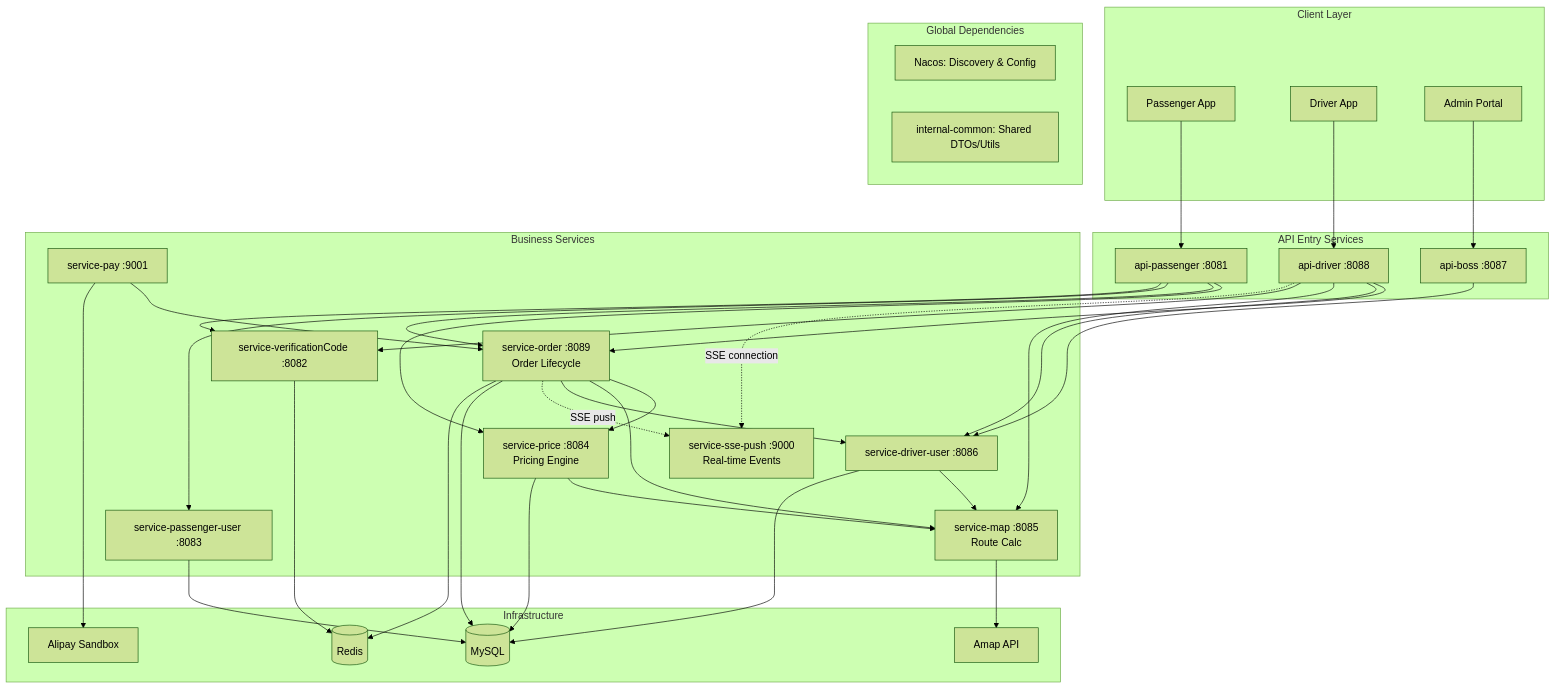
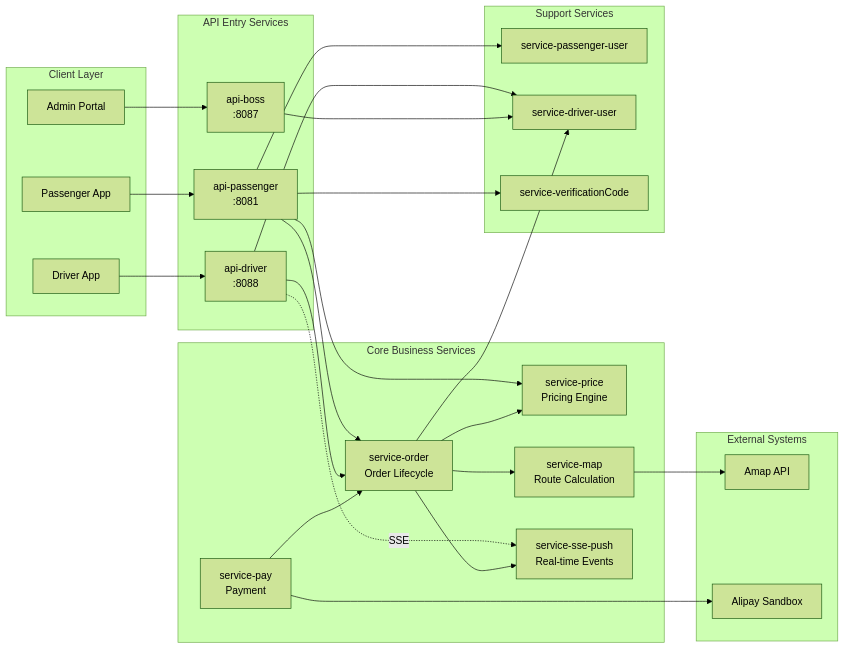
The first of 3 diagrams in README.md (Ninika369/Fly_Taxi), drawn with Mermaid (forest theme) before and after one commit. The commit also changed other lines of this file, not shown here.

Commit message:
docs: simplify architecture diagram for readability v2

````diff
--- a/README.md
+++ b/README.md
@@ -29,76 +29,47 @@
 ```mermaid
-flowchart TB
-    subgraph Client Layer
-        PA[Passenger App]
-        DA[Driver App]
-        AP[Admin Portal]
+flowchart LR
+    subgraph Clients["Client Layer"]
+        P[Passenger App]
+        D[Driver App]
+        A[Admin Portal]
     end
-
-    subgraph API Entry Services
-        API_P[api-passenger :8081]
-        API_D[api-driver :8088]
-        API_B[api-boss :8087]
+    subgraph API["API Entry Services"]
+        AP[api-passenger<br/>:8081]
+        AD[api-driver<br/>:8088]
+        AB[api-boss<br/>:8087]
     end
-
-    subgraph Business Services
-        SP[service-price :8084<br/> Pricing Engine]
-        SO[service-order :8089<br/>Order Lifecycle]
-        SM[service-map :8085<br/>Route Calc]
-        SDU[service-driver-user :8086]
-        SPU[service-passenger-user :8083]
-        SVC[service-verificationCode :8082]
-        SPAY[service-pay :9001]
-        SSE[service-sse-push :9000<br/>Real-time Events]
+    subgraph Core["Core Business Services"]
+        O[service-order<br/>Order Lifecycle]
+        PR[service-price<br/>Pricing Engine]
+        M[service-map<br/>Route Calculation]
+        EV[service-sse-push<br/>Real-time Events]
+        PAY[service-pay<br/>Payment]
     end
-
-    subgraph Infrastructure
-        MySQL[(MySQL)]
-        Redis[(Redis)]
-        Amap[Amap API]
-        Alipay[Alipay Sandbox]
+    subgraph Support["Support Services"]
+        PU[service-passenger-user]
+        DU[service-driver-user]
+        VC[service-verificationCode]
     end
-    
-    subgraph Global Dependencies
-        Nacos[Nacos: Discovery & Config]
-        IC[internal-common: Shared DTOs/Utils]
+    subgraph External["External Systems"]
+        AM[Amap API]
+        AL[Alipay Sandbox]
     end
-
-    PA --> API_P
-    DA --> API_D
-    AP --> API_B
-
-    API_P --> SP
-    API_P --> SO
-    API_P --> SPU
-    API_P --> SVC
-    
-    API_D --> SO
-    API_D --> SDU
-    API_D --> SM
-    API_D --> SVC
-    API_D -.->|SSE connection| SSE
-
-    API_B --> SDU
-
-    SP --> SM
-    
-    SO --> SP
-    SO --> SM
-    SO --> SDU
-    SO -.->|SSE push| SSE
-    
-    SDU --> SM
-    
-    SPAY --> SO
-    SPAY --> Alipay
-    
-    SM --> Amap
-
-    SP --> MySQL
-    SO --> MySQL
-    SDU --> MySQL
-    SPU --> MySQL
-    
-    SO --> Redis
-    SVC --> Redis
+    P --> AP
+    D --> AD
+    A --> AB
+    AP --> O
+    AP --> PR
+    AP --> PU
+    AP --> VC
+    AD --> O
+    AD --> DU
+    AD -. SSE .-> EV
+    AB --> DU
+    O --> PR
+    O --> M
+    O --> DU
+    O --> EV
+    PAY --> O
+    M --> AM
+    PAY --> AL
 ```
````
